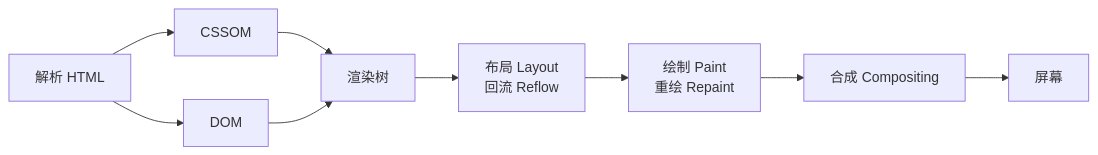
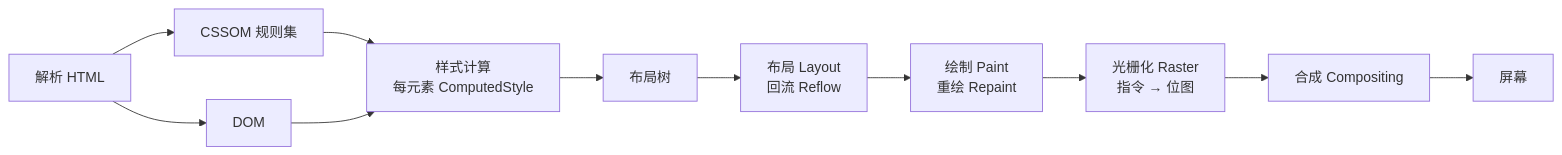
The diagram in content/30-RESOURCES/回流和重绘.md (pedyc/dg.pedyc), drawn with Mermaid before and after one commit. The commit also changed other lines of this file and 67 other files, not shown here.

````diff
--- a/content/30-RESOURCES/回流和重绘.md
+++ b/content/30-RESOURCES/回流和重绘.md
@@ -31,11 +32,13 @@
 ```mermaid
 flowchart LR
-    A[解析 HTML] --> B[CSSOM]
+    A[解析 HTML] --> B[CSSOM 规则集]
     A --> C[DOM]
-    B --> D[渲染树]
+    B --> D[样式计算<br/>每元素 ComputedStyle]
     C --> D
-    D --> E[布局 Layout<br/>回流 Reflow]
+    D --> D2[布局树]
+    D2 --> E[布局 Layout<br/>回流 Reflow]
     E --> F[绘制 Paint<br/>重绘 Repaint]
-    F --> G[合成 Compositing]
+    F --> F2[光栅化 Raster<br/>指令 → 位图]
+    F2 --> G[合成 Compositing]
     G --> H[屏幕]
 ```
````
